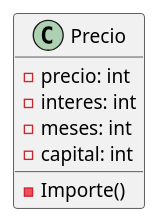
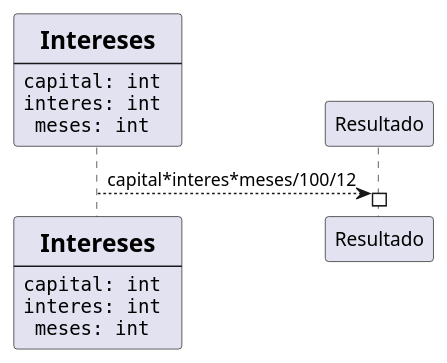
Before and after one commit to mgonzalz/introduccion_algoritmia: the diagram in ejercicio 08/ejercicio08_2.puml, drawn with PlantUML. The commit also changed 7 other files, not shown here.

```diff
--- a/ejercicio 08/ejercicio08_2.puml
+++ b/ejercicio 08/ejercicio08_2.puml
@@ -1,9 +1,11 @@
 @startuml
-class Precio{
-    - precio: int
-    - interes: int
-    - meses: int
-    - capital: int
-    - Importe()
-}
+participant Intereses [
+    =Intereses
+    ----
+    ""capital: int ""
+    ""interes: int ""
+    ""meses: int ""
+]
+Intereses --> Resultado: capital*interes*meses/100/12
+activate Resultado
 @enduml
```
